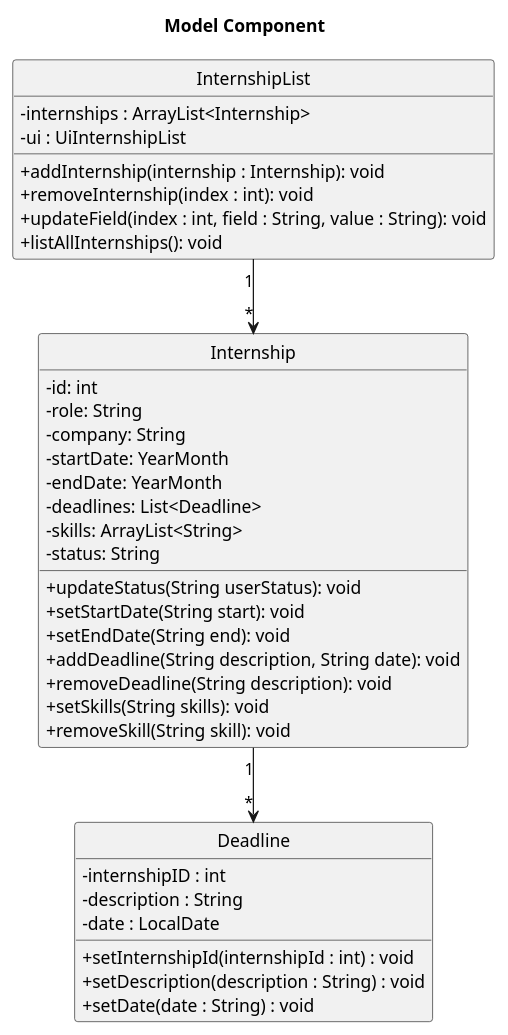
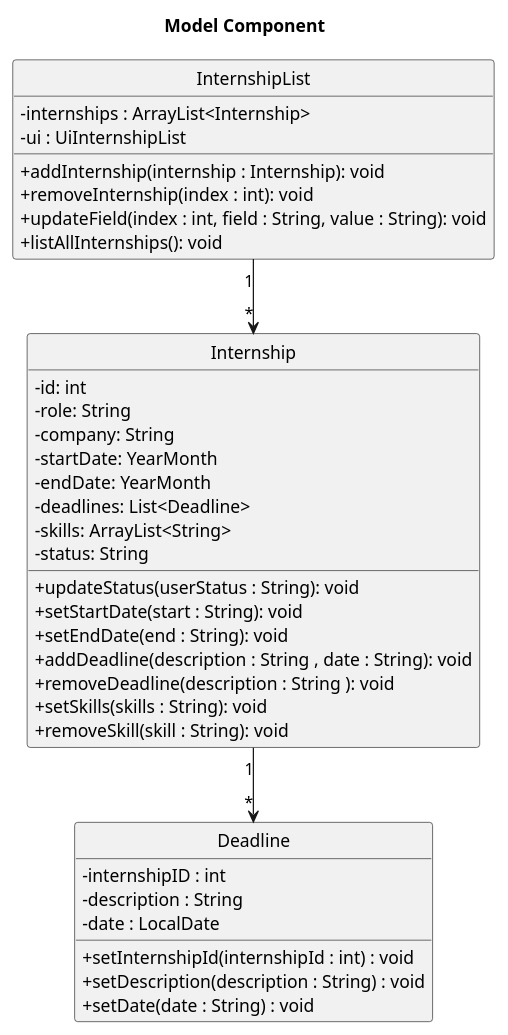
One commit to nus-cs2113-AY2425S1/tp changed the diagram in docs/UML/Internship.puml. Above: the diagram before and after it, drawn with PlantUML. The commit also changed 1 other file, not shown here.

```diff
--- a/docs/UML/Internship.puml
+++ b/docs/UML/Internship.puml
@@ -1,50 +1,50 @@
 @startuml
 
 Title Model Component
 skinparam classAttributeIconSize 0
 hide circle
 class Internship {
     - id: int
     - role: String
     - company: String
     - startDate: YearMonth
     - endDate: YearMonth
     - deadlines: List<Deadline>
     - skills: ArrayList<String>
     - status: String
 
-    + updateStatus(String userStatus): void
-    + setStartDate(String start): void
-    + setEndDate(String end): void
-    + addDeadline(String description, String date): void
-    + removeDeadline(String description): void
-    + setSkills(String skills): void
-    + removeSkill(String skill): void
+    + updateStatus(userStatus : String): void
+    + setStartDate(start : String): void
+    + setEndDate(end : String): void
+    + addDeadline(description : String , date : String): void
+    + removeDeadline(description : String ): void
+    + setSkills(skills : String): void
+    + removeSkill(skill : String): void
 }
 
 
 
 class InternshipList {
         - internships : ArrayList<Internship>
         - ui : UiInternshipList
 
         + addInternship(internship : Internship): void
         + removeInternship(index : int): void
         + updateField(index : int, field : String, value : String): void
         + listAllInternships(): void
     }
 
 class Deadline {
         - internshipID : int
         - description : String
         - date : LocalDate
 
         + setInternshipId(internshipId : int) : void
         + setDescription(description : String) : void
         + setDate(date : String) : void
     }
 
 InternshipList "1" --> "*" Internship
 Internship "1" --> "*" Deadline
 
 @enduml
```
